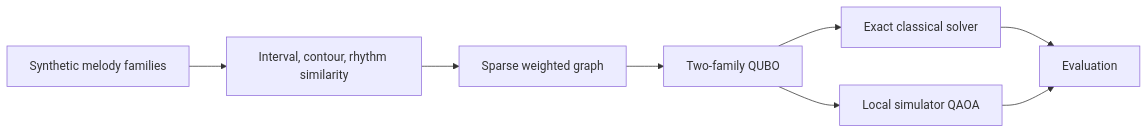
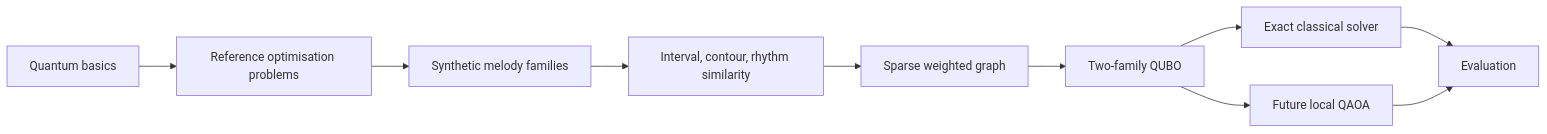
Before and after one commit to GwriPennar/quantum-folk-lab: the diagram in README.md, drawn with Mermaid. The commit also changed other lines of this file and 24 other files, not shown here.

````diff
--- a/README.md
+++ b/README.md
@@ -11,10 +11,12 @@
 ```mermaid
 flowchart LR
-  A["Synthetic melody families"] --> B["Interval, contour, rhythm similarity"]
-  B --> C["Sparse weighted graph"]
-  C --> D["Two-family QUBO"]
-  D --> E["Exact classical solver"]
-  D --> F["Local simulator QAOA"]
-  E --> G["Evaluation"]
-  F --> G
+  A["Quantum basics"] --> B["Reference optimisation problems"]
+  B --> C["Synthetic melody families"]
+  C --> D["Interval, contour, rhythm similarity"]
+  D --> E["Sparse weighted graph"]
+  E --> F["Two-family QUBO"]
+  F --> G["Exact classical solver"]
+  F --> H["Future local QAOA"]
+  G --> I["Evaluation"]
+  H --> I
 ```
````
